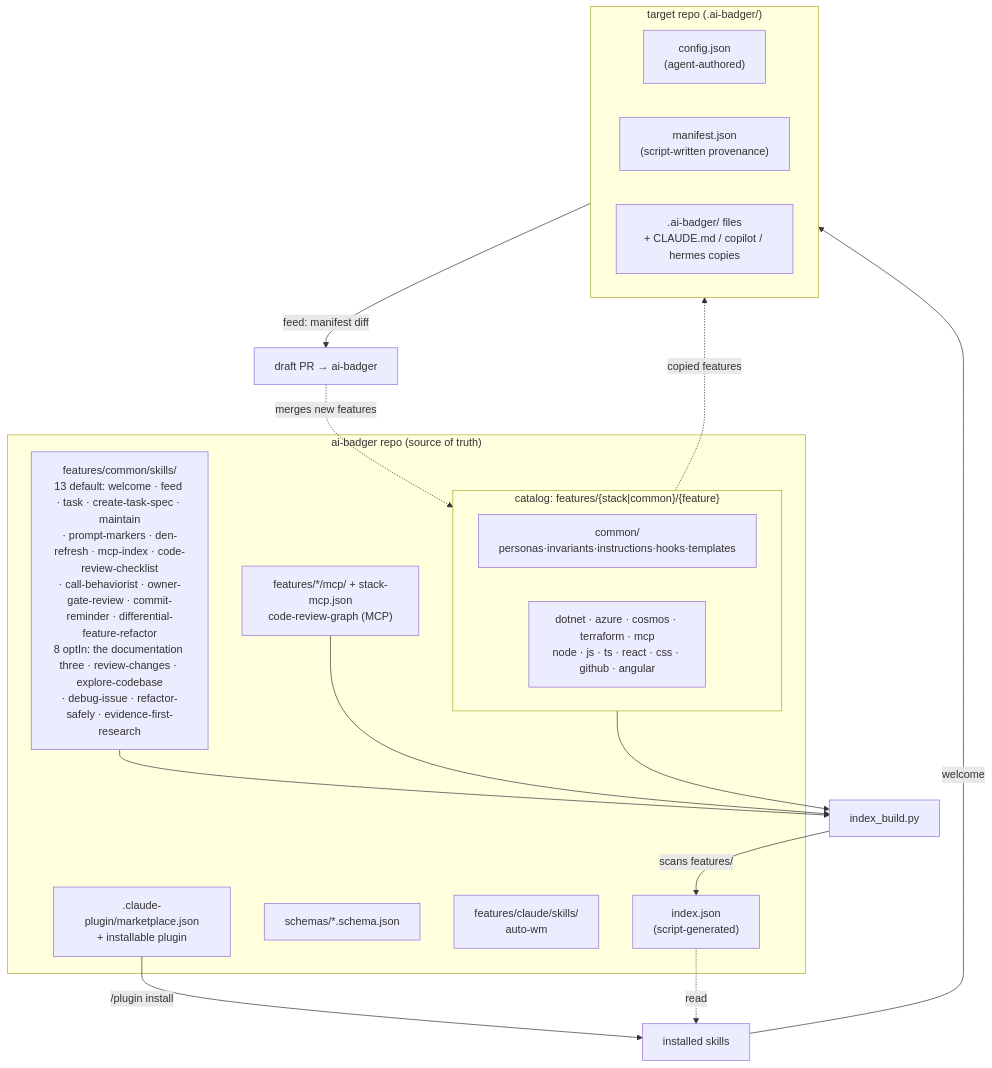
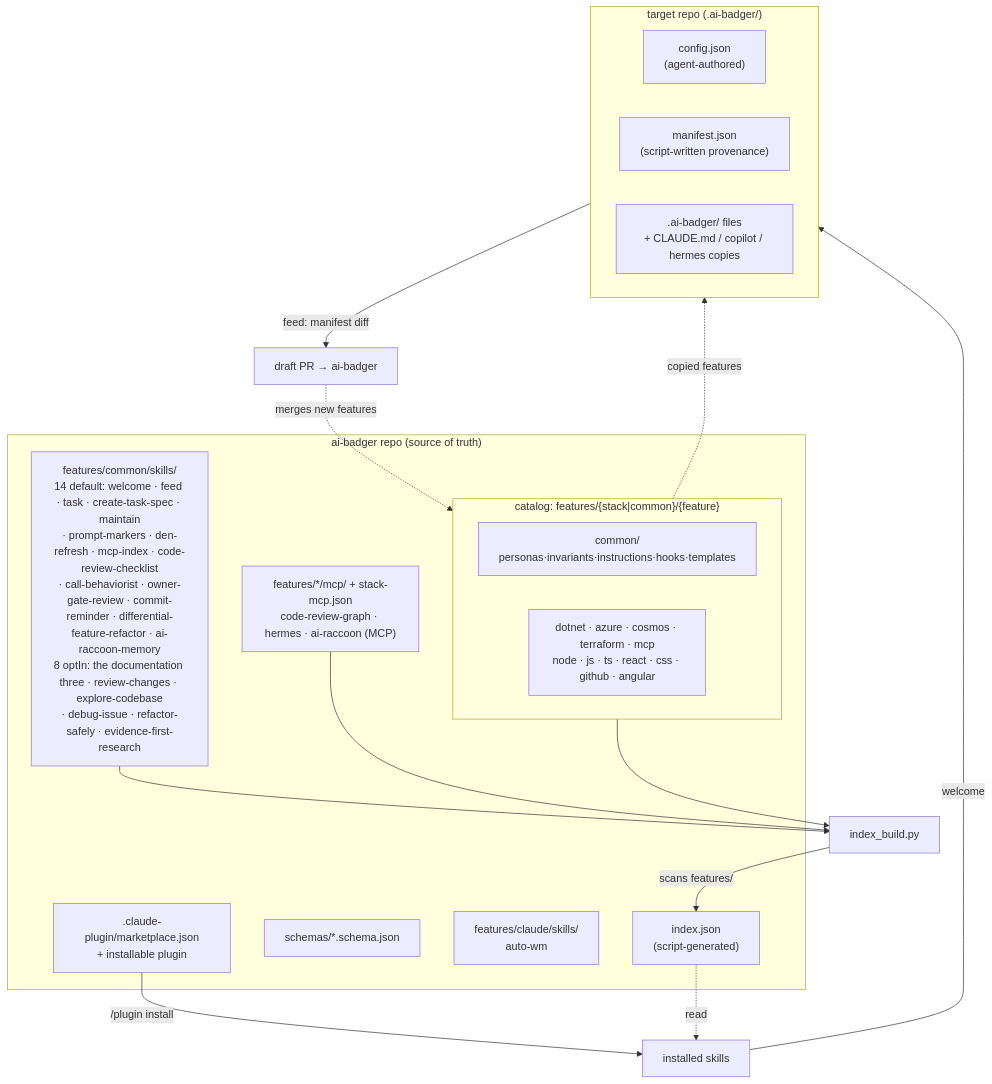
The diagram in README.md (Arasz/ai-badger), drawn with Mermaid before and after one commit. The commit also changed other lines of this file and 1 other file, not shown here.

First line of the commit message:
docs: post-#302 audit — README + skills.md drift fixes (#303)

````diff
--- a/README.md
+++ b/README.md
@@ -261,30 +266,30 @@
 ```mermaid
 flowchart TB
   subgraph FW["ai-badger repo (source of truth)"]
     IDX["index.json\n(script-generated)"]
     SCH["schemas/*.schema.json"]
     subgraph CAT["catalog: features/{stack|common}/{feature}"]
       COMMON["common/\npersonas·invariants·instructions·hooks·templates"]
       STACKS["dotnet · azure · cosmos · terraform · mcp\nnode · js · ts · react · css · github · angular"]
     end
-    SKILLSDIR["features/common/skills/\n13 default: welcome · feed · task · create-task-spec · maintain\n· prompt-markers · den-refresh · mcp-index · code-review-checklist\n· call-behaviorist · owner-gate-review · commit-reminder · differential-feature-refactor\n8 optIn: the documentation three · review-changes · explore-codebase\n· debug-issue · refactor-safely · evidence-first-research"]
+    SKILLSDIR["features/common/skills/\n14 default: welcome · feed · task · create-task-spec · maintain\n· prompt-markers · den-refresh · mcp-index · code-review-checklist\n· call-behaviorist · owner-gate-review · commit-reminder · differential-feature-refactor · ai-raccoon-memory\n8 optIn: the documentation three · review-changes · explore-codebase\n· debug-issue · refactor-safely · evidence-first-research"]
     CLAUDESKILLS["features/claude/skills/\nauto-wm"]
-    MCPCAT["features/*/mcp/ + stack-mcp.json\ncode-review-graph (MCP)"]
+    MCPCAT["features/*/mcp/ + stack-mcp.json\ncode-review-graph · hermes · ai-raccoon (MCP)"]
     MKT[".claude-plugin/marketplace.json\n+ installable plugin"]
   end
   IDXbuild["index_build.py"] -->|scans features/| IDX
   CAT --> IDXbuild
   SKILLSDIR --> IDXbuild
   MCPCAT --> IDXbuild
   MKT -->|/plugin install| SKILLS["installed skills"]
   IDX -. read .-> SKILLS
   CAT -. copied features .-> PROJ
   subgraph PROJ["target repo (.ai-badger/)"]
     CFG["config.json\n(agent-authored)"]
     MAN["manifest.json\n(script-written provenance)"]
     OUT[".ai-badger/ files\n+ CLAUDE.md / copilot / hermes copies"]
   end
   SKILLS -->|welcome| PROJ
   PROJ -->|feed: manifest diff| PRD["draft PR → ai-badger"]
   PRD -. merges new features .-> CAT
 ```
````
